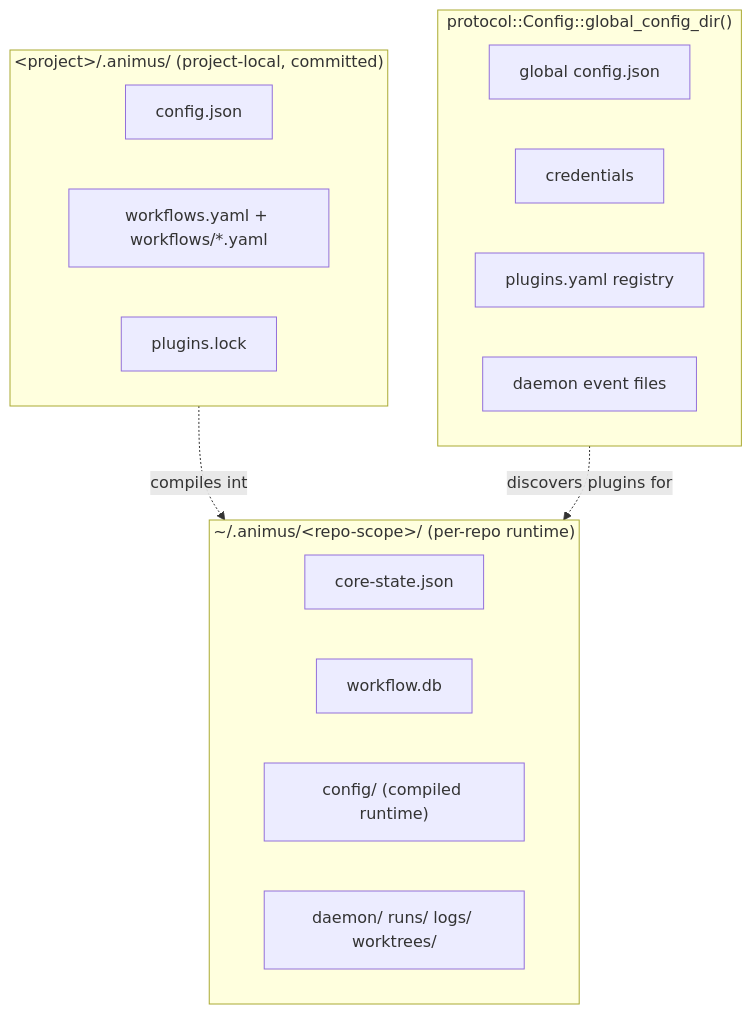
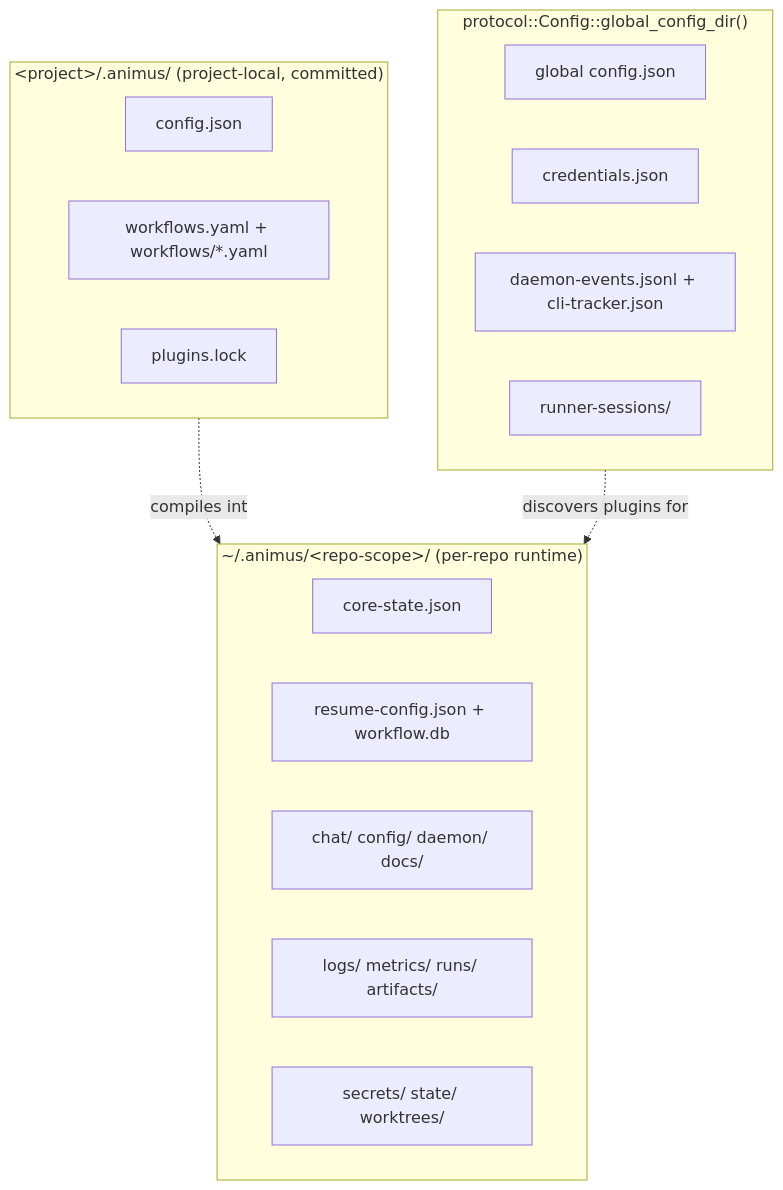
The third of 4 diagrams in docs/architecture/full-system-architecture.md (launchapp-dev/animus-cli), drawn with Mermaid before and after one commit. The commit also changed other lines of this file and 3 other files, not shown here.

Commit message:
docs: sync architecture references

````diff
--- a/docs/architecture/full-system-architecture.md
+++ b/docs/architecture/full-system-architecture.md
@@ -163,25 +167,26 @@
 ```mermaid
 graph TB
     subgraph Local["&lt;project&gt;/.animus/ (project-local, committed)"]
         L1["config.json"]
         L2["workflows.yaml + workflows/*.yaml"]
         L3["plugins.lock"]
     end
 
     subgraph Scoped["~/.animus/&lt;repo-scope&gt;/ (per-repo runtime)"]
         S1["core-state.json"]
-        S2["workflow.db"]
-        S3["config/ (compiled runtime)"]
-        S4["daemon/ runs/ logs/ worktrees/"]
+        S2["resume-config.json + workflow.db"]
+        S3["chat/ config/ daemon/ docs/"]
+        S4["logs/ metrics/ runs/ artifacts/"]
+        S5["secrets/ state/ worktrees/"]
     end
 
     subgraph Global["protocol::Config::global_config_dir()"]
         G1["global config.json"]
-        G2["credentials"]
-        G3["plugins.yaml registry"]
-        G4["daemon event files"]
+        G2["credentials.json"]
+        G3["daemon-events.jsonl + cli-tracker.json"]
+        G4["runner-sessions/"]
     end
 
     Local -.compiles into.-> Scoped
     Global -.discovers plugins for.-> Scoped
 ```
````
